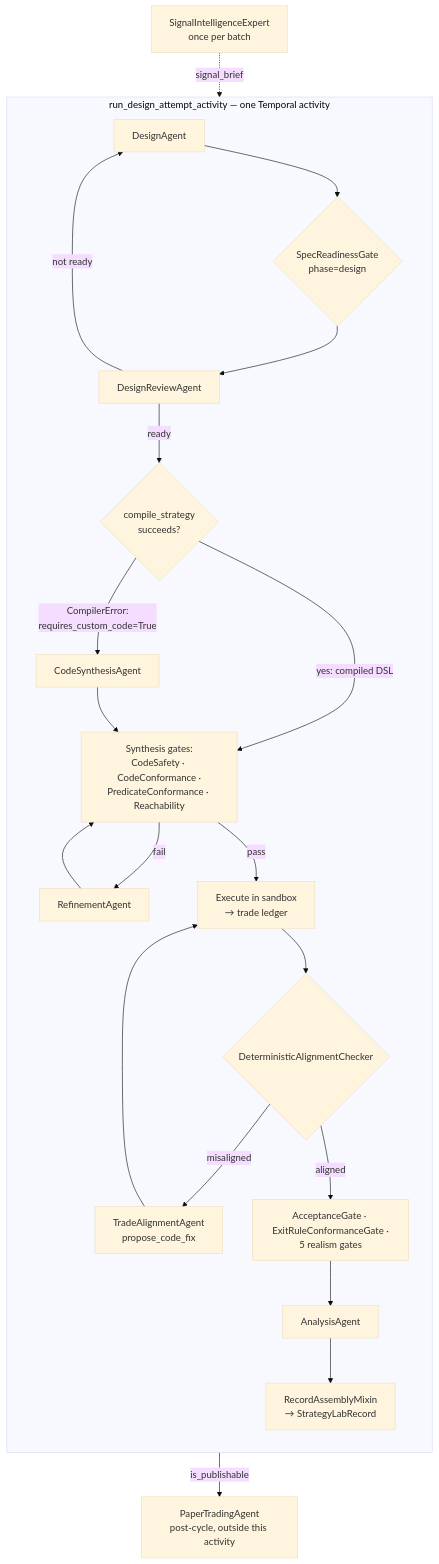
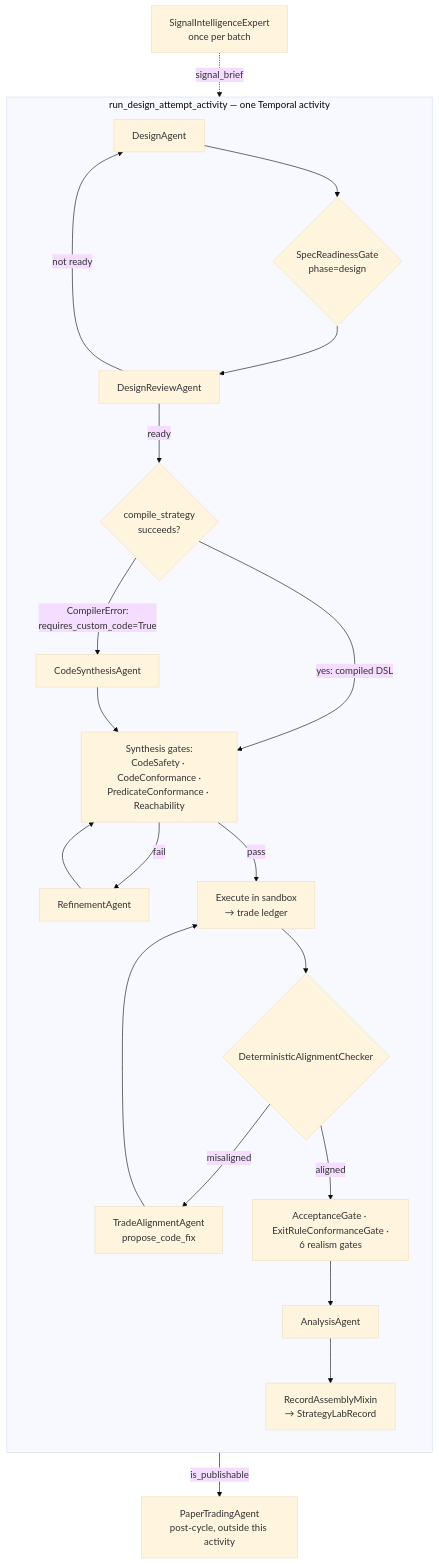
One commit to brandonkindred/Khala-Agentic-AI-Teams changed the diagram in backend/agents/investment_team/system_design/generation_pipeline.md. Above: the diagram before and after it, drawn with Mermaid (base theme). The commit also changed other lines of this file and 1 other file, not shown here.

````diff
--- a/backend/agents/investment_team/system_design/generation_pipeline.md
+++ b/backend/agents/investment_team/system_design/generation_pipeline.md
@@ -348,27 +348,27 @@
 ```mermaid
 flowchart TB
     subgraph attempt["run_design_attempt_activity — one Temporal activity"]
         direction TB
         D[DesignAgent] --> RG1{SpecReadinessGate<br/>phase=design}
         RG1 --> DR[DesignReviewAgent]
         DR -->|ready| CS
         DR -->|not ready| D
         CS{compile_strategy<br/>succeeds?}
         CS -->|yes: compiled DSL| SYN
         CS -->|CompilerError:<br/>requires_custom_code=True| CSA[CodeSynthesisAgent]
         CSA --> SYN
         SYN[Synthesis gates:<br/>CodeSafety · CodeConformance ·<br/>PredicateConformance · Reachability]
         SYN -->|fail| RF[RefinementAgent]
         RF --> SYN
         SYN -->|pass| BT[Execute in sandbox<br/>→ trade ledger]
         BT --> AL{DeterministicAlignmentChecker}
         AL -->|misaligned| TAA[TradeAlignmentAgent<br/>propose_code_fix]
         TAA --> BT
-        AL -->|aligned| VER[AcceptanceGate · ExitRuleConformanceGate ·<br/>5 realism gates]
+        AL -->|aligned| VER[AcceptanceGate · ExitRuleConformanceGate ·<br/>6 realism gates]
         VER --> AN[AnalysisAgent]
         AN --> REC[RecordAssemblyMixin<br/>→ StrategyLabRecord]
     end
 
     SIE[SignalIntelligenceExpert<br/>once per batch] -.->|signal_brief| D
     REC -->|is_publishable| PTA[PaperTradingAgent<br/>post-cycle, outside this activity]
 ```
````
